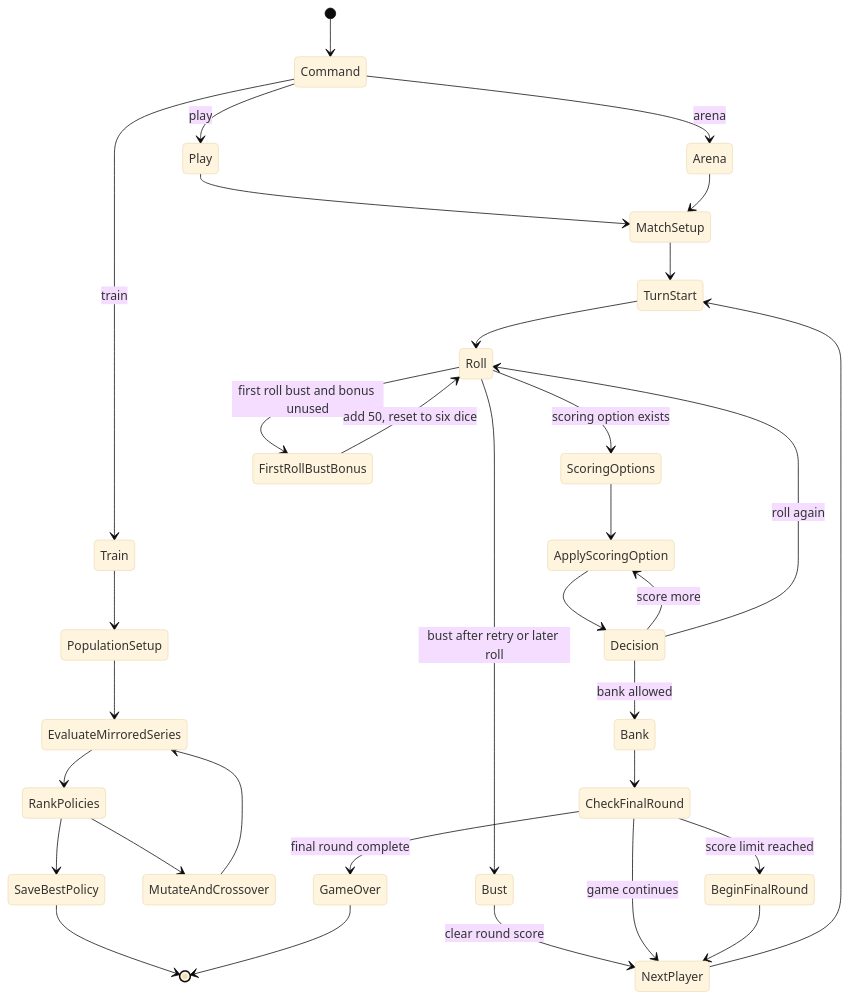
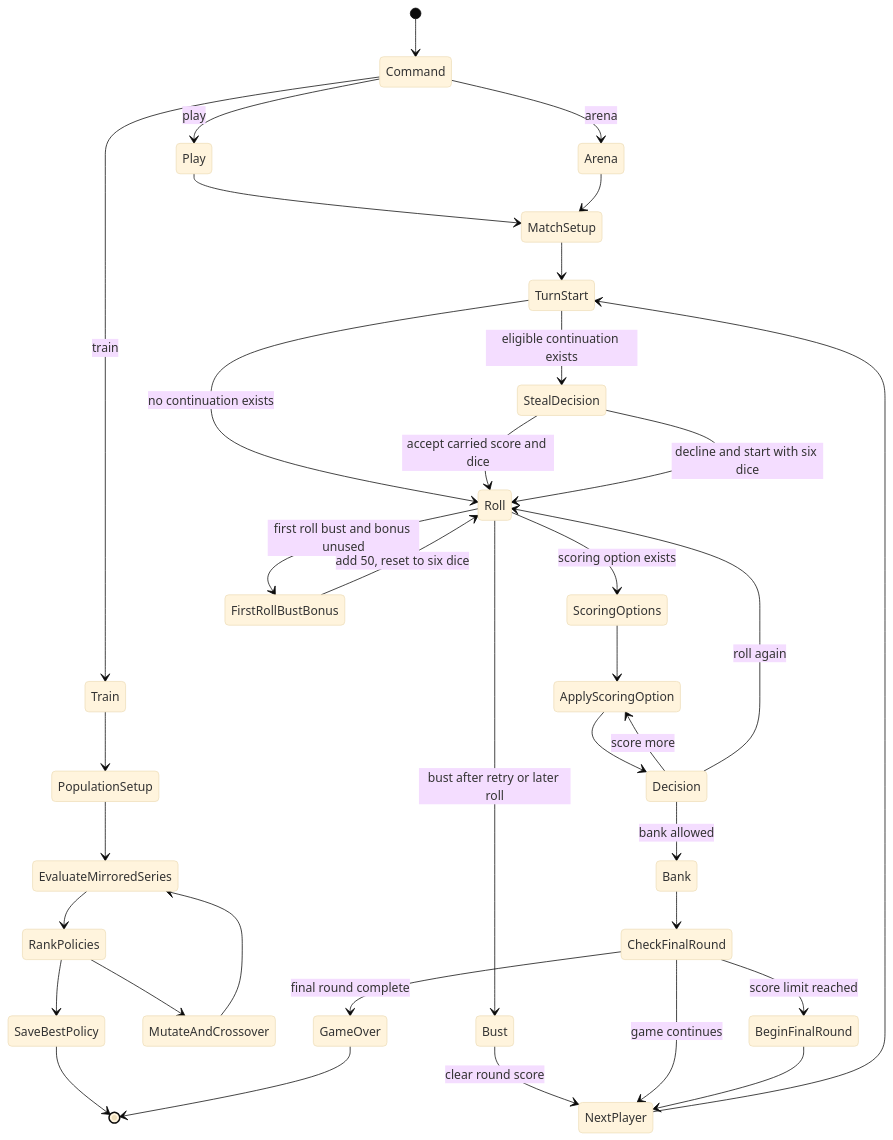
The first of 2 diagrams in README.md (Jacoba1100254352/Computers_vs_Zilch), drawn with Mermaid (base theme) before and after one commit. The commit also changed other lines of this file and 7 other files, not shown here.

````diff
--- a/README.md
+++ b/README.md
@@ -13,41 +13,44 @@
 ```mermaid
 stateDiagram-v2
     [*] --> Command
     Command --> Play: play
     Command --> Train: train
     Command --> Arena: arena
 
     Play --> MatchSetup
     Arena --> MatchSetup
     Train --> PopulationSetup
 
     PopulationSetup --> EvaluateMirroredSeries
     EvaluateMirroredSeries --> RankPolicies
     RankPolicies --> SaveBestPolicy
     RankPolicies --> MutateAndCrossover
     MutateAndCrossover --> EvaluateMirroredSeries
     SaveBestPolicy --> [*]
 
     MatchSetup --> TurnStart
-    TurnStart --> Roll
+    TurnStart --> StealDecision: eligible continuation exists
+    TurnStart --> Roll: no continuation exists
+    StealDecision --> Roll: accept carried score and dice
+    StealDecision --> Roll: decline and start with six dice
     Roll --> ScoringOptions: scoring option exists
     Roll --> FirstRollBustBonus: first roll bust and bonus unused
     Roll --> Bust: bust after retry or later roll
 
     FirstRollBustBonus --> Roll: add 50, reset to six dice
     Bust --> NextPlayer: clear round score
 
     ScoringOptions --> ApplyScoringOption
     ApplyScoringOption --> Decision
     Decision --> ApplyScoringOption: score more
     Decision --> Bank: bank allowed
     Decision --> Roll: roll again
 
     Bank --> CheckFinalRound
     CheckFinalRound --> BeginFinalRound: score limit reached
     CheckFinalRound --> NextPlayer: game continues
     BeginFinalRound --> NextPlayer
     NextPlayer --> TurnStart
     CheckFinalRound --> GameOver: final round complete
     GameOver --> [*]
 ```
````
